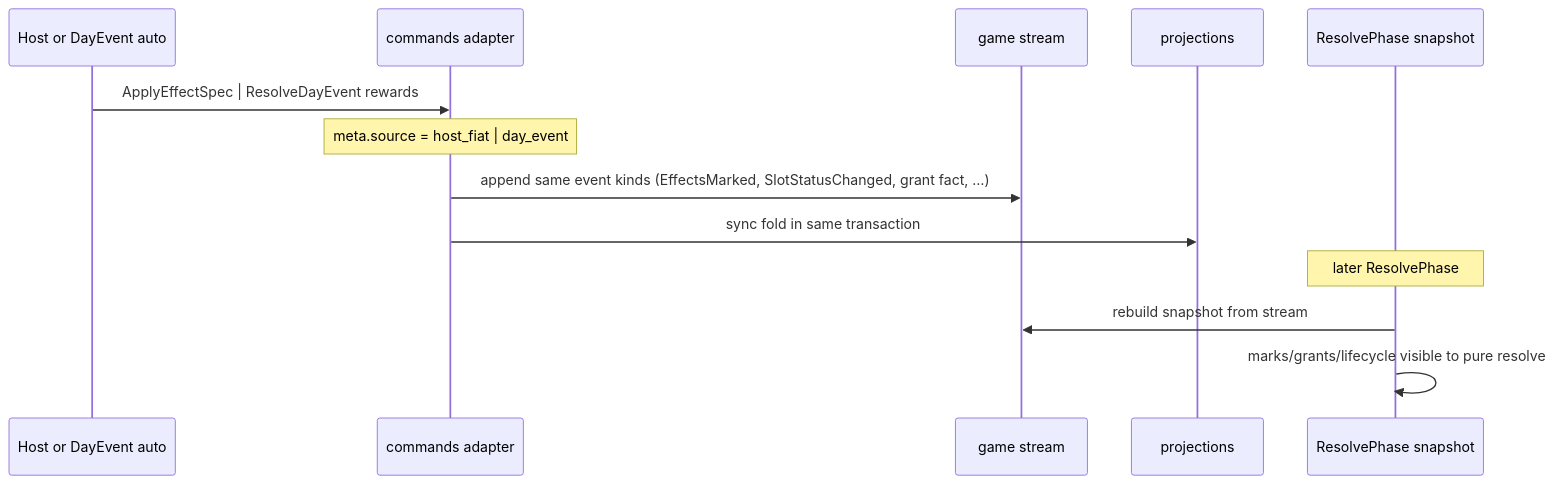
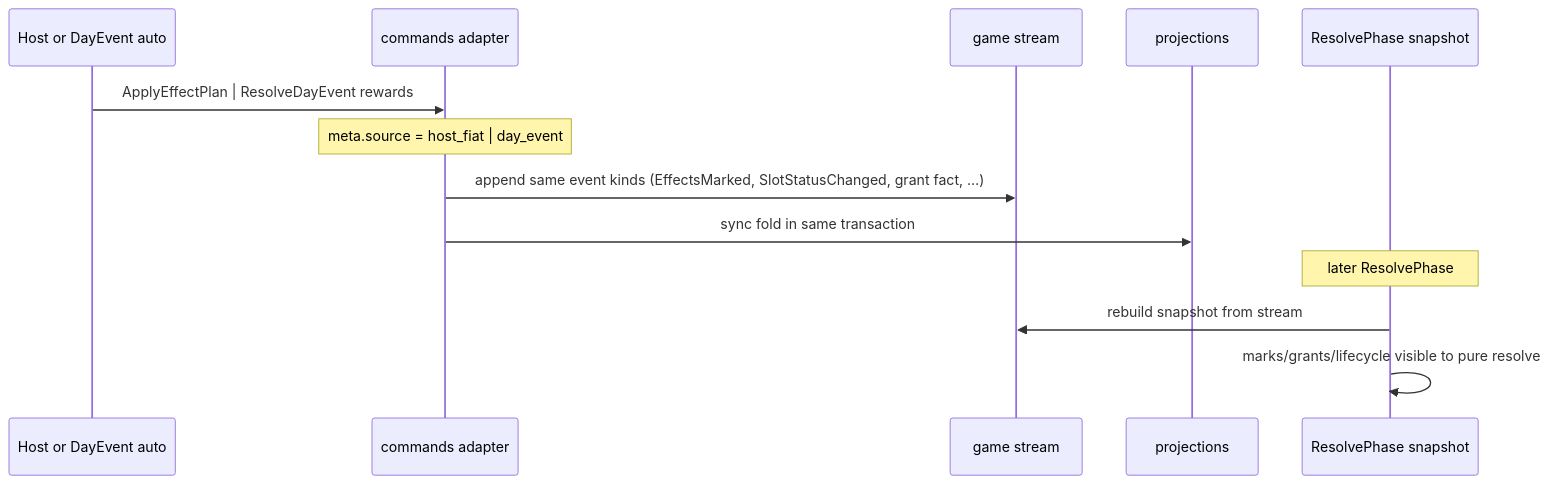
The third of 4 diagrams in docs/arch/14-mash-and-manual-frontier.md (fluffyrabbot/fmarch), drawn with Mermaid before and after one commit. The commit also changed other lines of this file, not shown here.

````diff
--- a/docs/arch/14-mash-and-manual-frontier.md
+++ b/docs/arch/14-mash-and-manual-frontier.md
@@ -468,16 +449,16 @@
 ```mermaid
 sequenceDiagram
   participant H as Host or DayEvent auto
   participant C as commands adapter
   participant S as game stream
   participant P as projections
   participant R as ResolvePhase snapshot
 
-  H->>C: ApplyEffectSpec | ResolveDayEvent rewards
+  H->>C: ApplyEffectPlan | ResolveDayEvent rewards
   Note over C: meta.source = host_fiat | day_event
   C->>S: append same event kinds (EffectsMarked, SlotStatusChanged, grant fact, …)
   C->>P: sync fold in same transaction
   Note over R: later ResolvePhase
   R->>S: rebuild snapshot from stream
   R->>R: marks/grants/lifecycle visible to pure resolve
 ```
````
